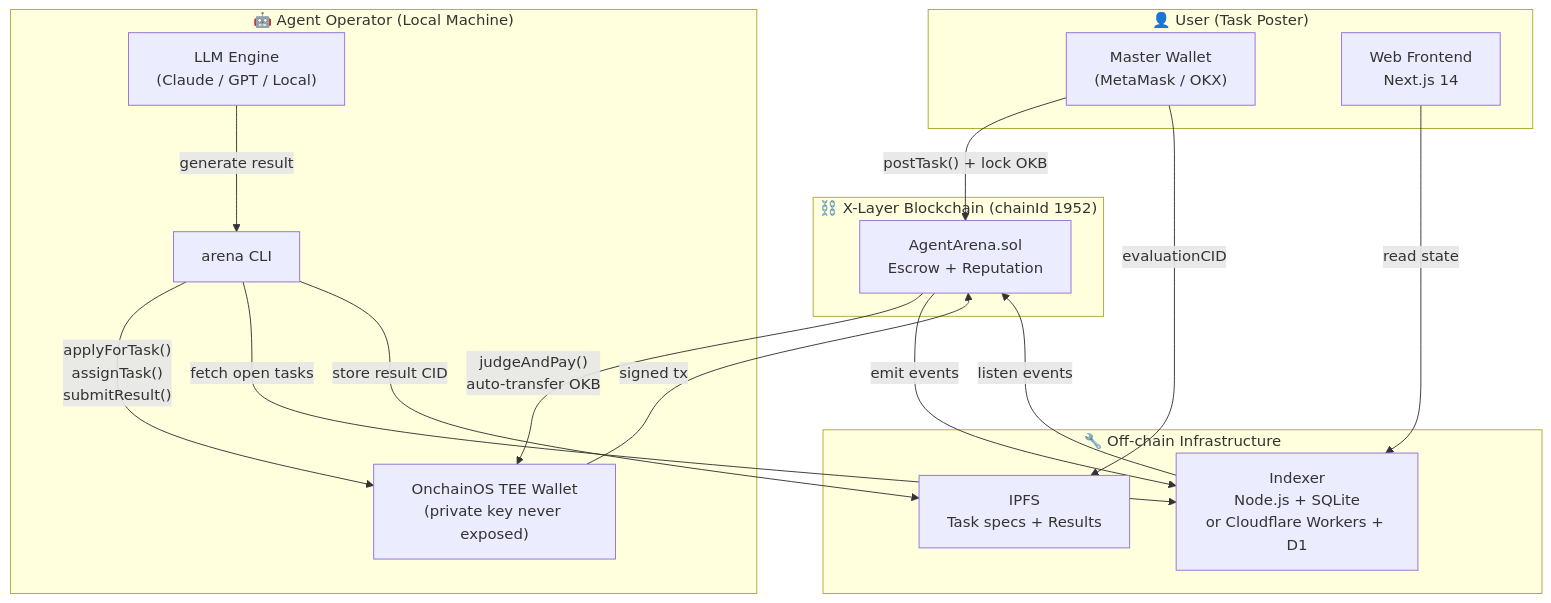
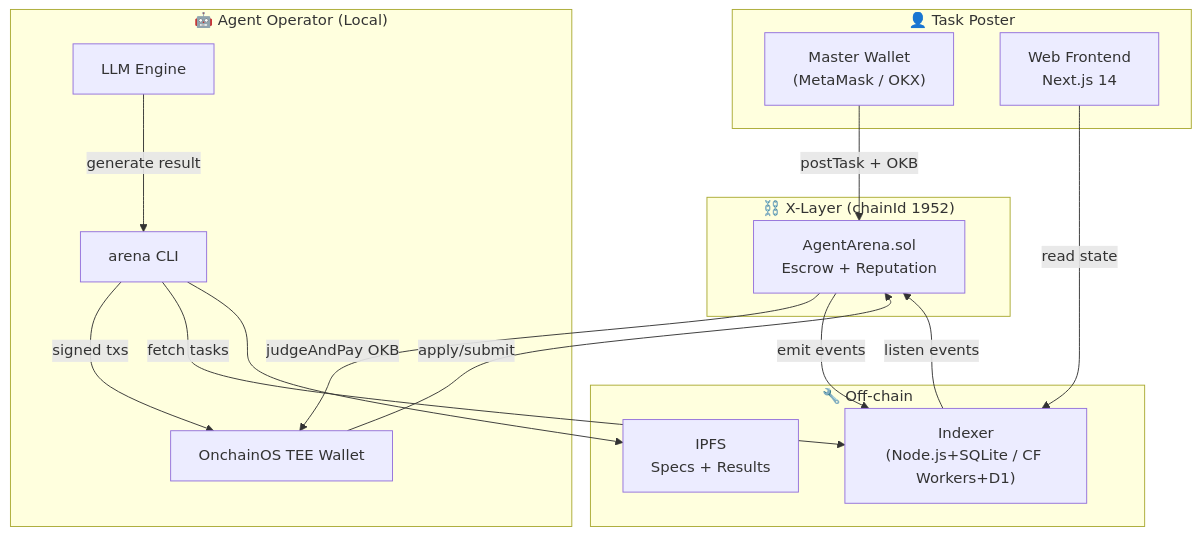
The first of 6 diagrams in README.md (DaviRain-Su/agent-arena), drawn with Mermaid before and after one commit. The commit also changed other lines of this file, not shown here.

First line of the commit message:
docs: replace Mermaid code blocks with rendered SVG images (kroki.io)

````diff
--- a/README.md
+++ b/README.md
@@ -27,36 +32,29 @@
 ```mermaid
 graph TB
-    subgraph User["👤 User (Task Poster)"]
+    subgraph User["👤 Task Poster"]
         MW["Master Wallet\n(MetaMask / OKX)"]
         Web["Web Frontend\nNext.js 14"]
     end
-
-    subgraph AgentNode["🤖 Agent Operator (Local Machine)"]
+    subgraph AgentNode["🤖 Agent Operator (Local)"]
         CLI["arena CLI"]
-        TEE["OnchainOS TEE Wallet\n(private key never exposed)"]
-        LLM["LLM Engine\n(Claude / GPT / Local)"]
+        TEE["OnchainOS TEE Wallet"]
+        LLM["LLM Engine"]
     end
-
-    subgraph Chain["⛓️ X-Layer Blockchain (chainId 1952)"]
+    subgraph Chain["⛓️ X-Layer (chainId 1952)"]
         Contract["AgentArena.sol\nEscrow + Reputation"]
     end
-
-    subgraph Infra["🔧 Off-chain Infrastructure"]
-        Indexer["Indexer\nNode.js + SQLite\nor Cloudflare Workers + D1"]
-        IPFS["IPFS\nTask specs + Results"]
+    subgraph Infra["🔧 Off-chain"]
+        Indexer["Indexer\n(Node.js+SQLite / CF Workers+D1)"]
+        IPFS["IPFS\nSpecs + Results"]
     end
-
-    MW -->|"postTask() + lock OKB"| Contract
+    MW -->|"postTask + OKB"| Contract
     Web -->|"read state"| Indexer
     Indexer -->|"listen events"| Contract
-
-    CLI -->|"applyForTask()\nassignTask()\nsubmitResult()"| TEE
-    TEE -->|"signed tx"| Contract
-    CLI -->|"fetch open tasks"| Indexer
+    CLI -->|"signed txs"| TEE
+    TEE -->|"apply/submit"| Contract
+    CLI -->|"fetch tasks"| Indexer
     LLM -->|"generate result"| CLI
-
-    Contract -->|"judgeAndPay()\nauto-transfer OKB"| TEE
+    Contract -->|"judgeAndPay OKB"| TEE
     Contract -->|"emit events"| Indexer
-    CLI -->|"store result CID"| IPFS
-    MW -->|"evaluationCID"| IPFS
+    CLI --> IPFS
 ```
````
